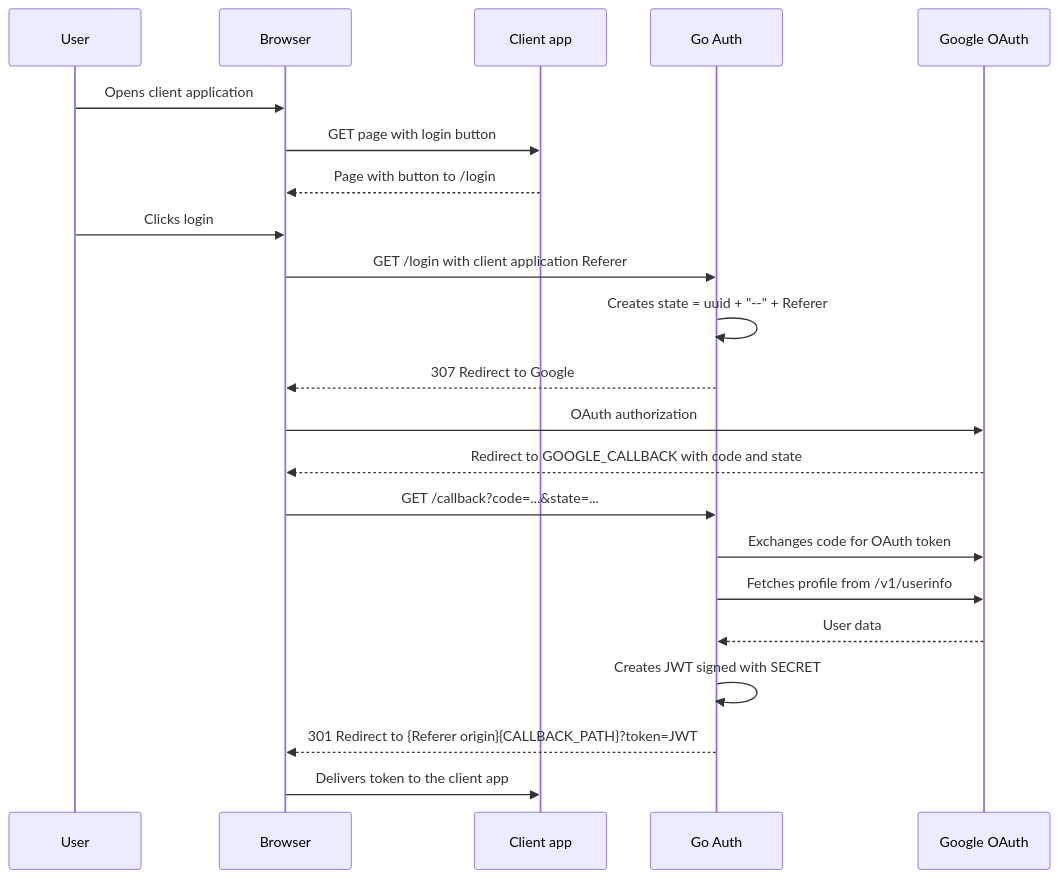
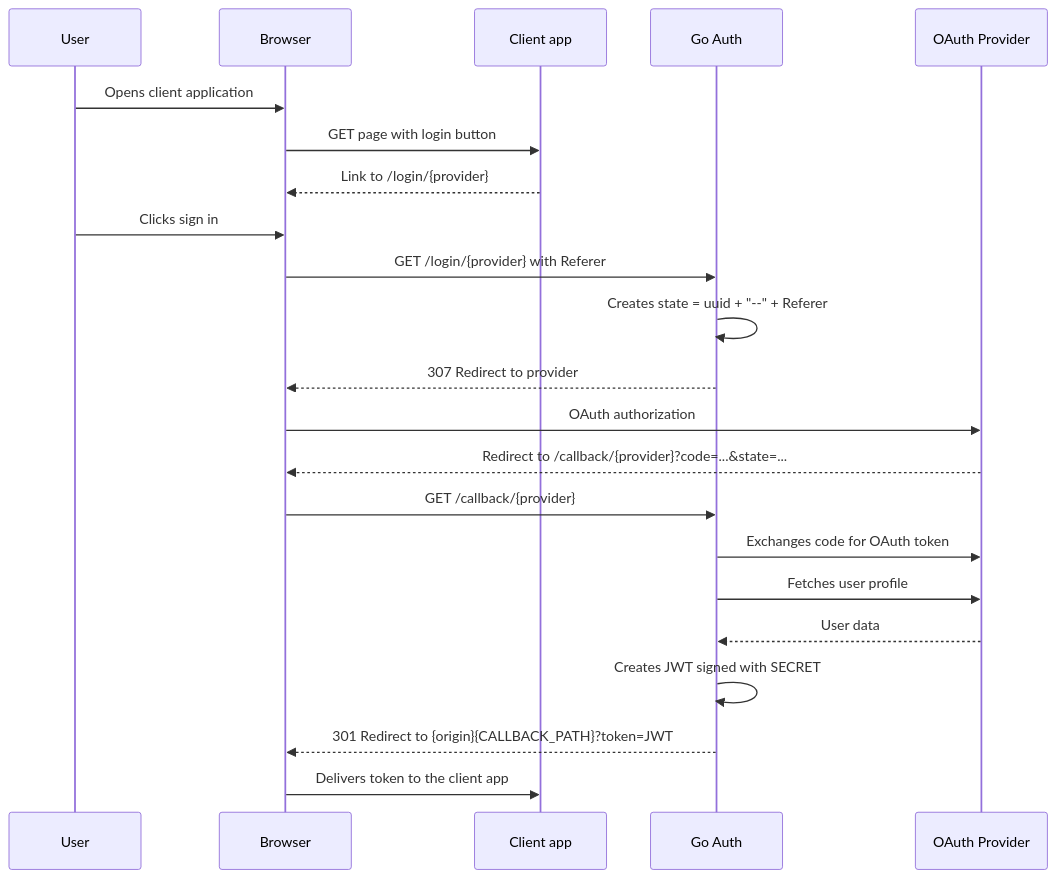
The second of 2 diagrams in README.md (EduardoNGomes/go-auth), drawn with Mermaid before and after one commit. The commit also changed other lines of this file, not shown here.

Commit message:
feat: support multiple OAuth providers and improve README

````diff
--- a/README.md
+++ b/README.md
@@ -306,25 +491,25 @@
 ```mermaid
 sequenceDiagram
     participant U as User
     participant B as Browser
     participant C as Client app
     participant A as Go Auth
-    participant G as Google OAuth
+    participant P as OAuth Provider
 
     U->>B: Opens client application
     B->>C: GET page with login button
-    C-->>B: Page with button to /login
-    U->>B: Clicks login
-    B->>A: GET /login with client application Referer
+    C-->>B: Link to /login/{provider}
+    U->>B: Clicks sign in
+    B->>A: GET /login/{provider} with Referer
     A->>A: Creates state = uuid + "--" + Referer
-    A-->>B: 307 Redirect to Google
-    B->>G: OAuth authorization
-    G-->>B: Redirect to GOOGLE_CALLBACK with code and state
-    B->>A: GET /callback?code=...&state=...
-    A->>G: Exchanges code for OAuth token
-    A->>G: Fetches profile from /v1/userinfo
-    G-->>A: User data
+    A-->>B: 307 Redirect to provider
+    B->>P: OAuth authorization
+    P-->>B: Redirect to /callback/{provider}?code=...&state=...
+    B->>A: GET /callback/{provider}
+    A->>P: Exchanges code for OAuth token
+    A->>P: Fetches user profile
+    P-->>A: User data
     A->>A: Creates JWT signed with SECRET
-    A-->>B: 301 Redirect to {Referer origin}{CALLBACK_PATH}?token=JWT
+    A-->>B: 301 Redirect to {origin}{CALLBACK_PATH}?token=JWT
     B->>C: Delivers token to the client app
 ```
````
